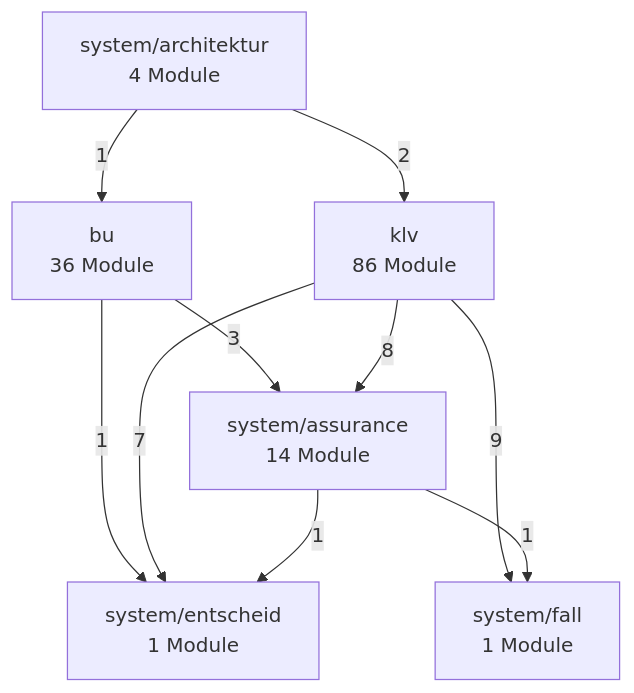
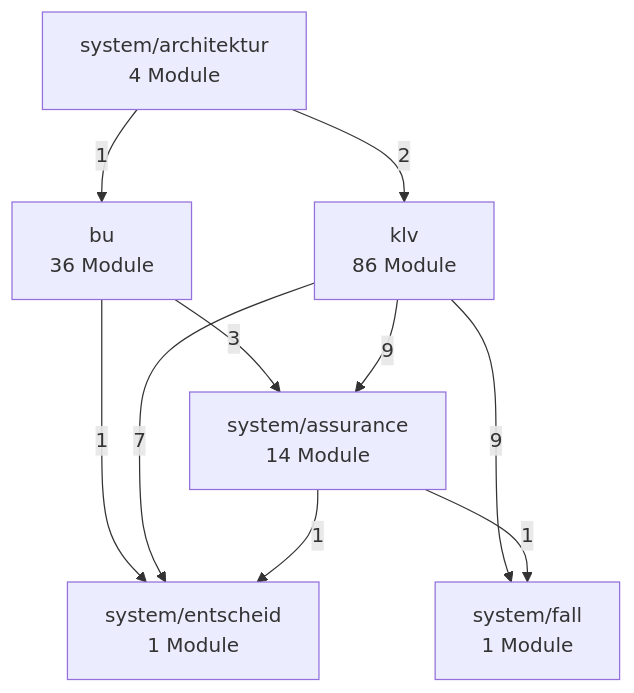
One commit to bartlmac/rechner-pipeline changed the second of 3 diagrams in docs/architektur/landkarte.md. Above: the diagram before and after it, drawn with Mermaid. The commit also changed other lines of this file and 5 other files, not shown here.

````diff
--- a/docs/architektur/landkarte.md
+++ b/docs/architektur/landkarte.md
@@ -78,19 +78,19 @@
 ```mermaid
 %% Fachknoten — erzeugt von ontologie.landkarte
 flowchart TD
     bu["bu<br/>36 Module"]
     klv["klv<br/>86 Module"]
     system_architektur["system/architektur<br/>4 Module"]
     system_assurance["system/assurance<br/>14 Module"]
     system_entscheid["system/entscheid<br/>1 Module"]
     system_fall["system/fall<br/>1 Module"]
     bu -- 3 --> system_assurance
     bu -- 1 --> system_entscheid
-    klv -- 8 --> system_assurance
+    klv -- 9 --> system_assurance
     klv -- 7 --> system_entscheid
     klv -- 9 --> system_fall
     system_architektur -- 1 --> bu
     system_architektur -- 2 --> klv
     system_assurance -- 1 --> system_entscheid
     system_assurance -- 1 --> system_fall
 ```
````
